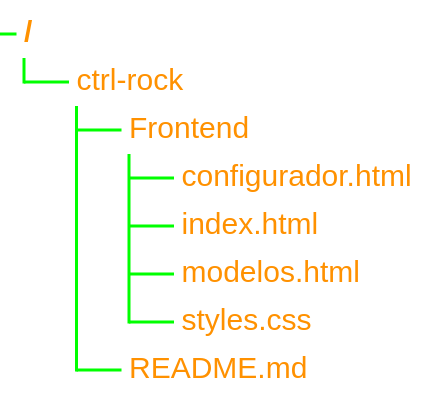
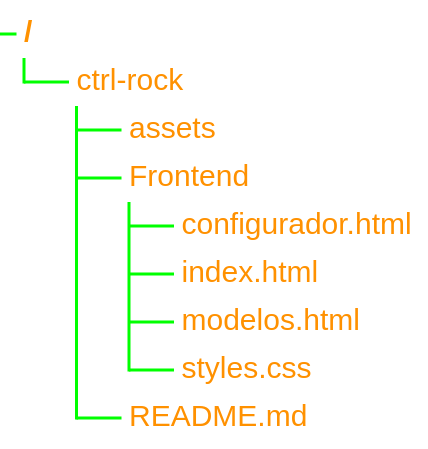
The second of 2 diagrams in README.md (alejojimenezz/ctrl-rock), drawn with Mermaid before and after one commit. The commit also changed other lines of this file, not shown here.

````diff
--- a/README.md
+++ b/README.md
@@ -37,21 +45,22 @@
 ```mermaid
 ---
 config:
     treeView:
         rowIndent: 30
         lineThickness: 2
     themeVariables:
         treeView:
             labelFontSize: '20px'
             labelColor: '#ff9100'
             lineColor: '#00FF00'
 ---
 treeView-beta
     "ctrl-rock"
+        "assets"
         "Frontend"
             "configurador.html"
             "index.html"
             "modelos.html"
             "styles.css"
         "README.md"
 ```
````
